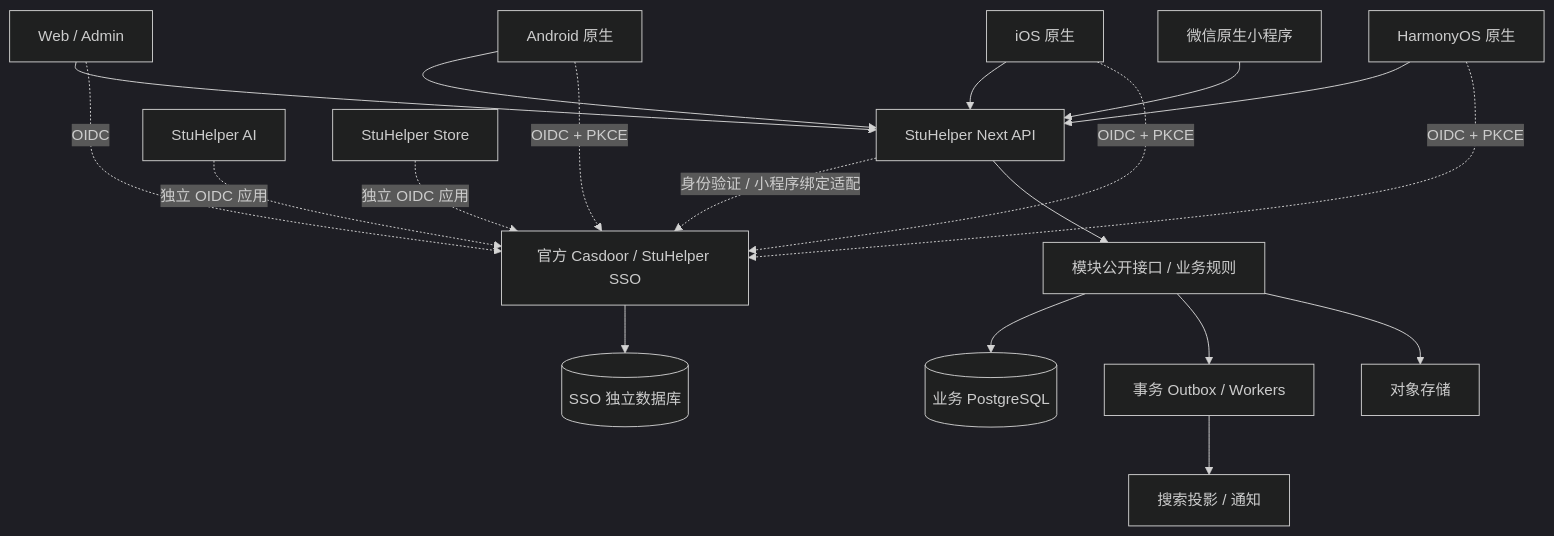
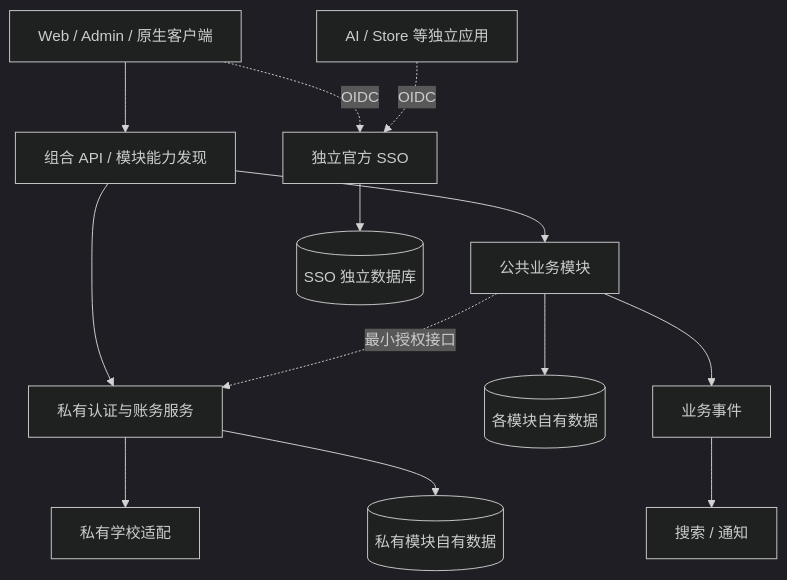
One commit to StuHelper/stuhelper-next changed the diagram in docs/design/platform-architecture.md. Above: the diagram before and after it, drawn with Mermaid (dark theme). The commit also changed other lines of this file and 58 other files, not shown here.

````diff
--- a/docs/design/platform-architecture.md
+++ b/docs/design/platform-architecture.md
@@ -21,21 +21,15 @@
 ```mermaid
 flowchart TB
-  WEB[Web / Admin] --> API[StuHelper Next API]
-  MINI[微信原生小程序] --> API
-  ANDROID[Android 原生] --> API
-  IOS[iOS 原生] --> API
-  HARMONY[HarmonyOS 原生] --> API
-  WEB -. OIDC .-> SSO[官方 Casdoor / StuHelper SSO]
-  ANDROID -. OIDC + PKCE .-> SSO
-  IOS -. OIDC + PKCE .-> SSO
-  HARMONY -. OIDC + PKCE .-> SSO
-  API -. 身份验证 / 小程序绑定适配 .-> SSO
-  AI[StuHelper AI] -. 独立 OIDC 应用 .-> SSO
-  STORE[StuHelper Store] -. 独立 OIDC 应用 .-> SSO
-  SSO --> IDDB[(SSO 独立数据库)]
-  API --> MOD[模块公开接口 / 业务规则]
-  MOD --> APPDB[(业务 PostgreSQL)]
-  MOD --> OUTBOX[事务 Outbox / Workers]
-  OUTBOX --> SEARCH[搜索投影 / 通知]
-  MOD --> OBJECTS[对象存储]
+  CLIENT[Web / Admin / 原生客户端] --> API[组合 API / 模块能力发现]
+  CLIENT -. OIDC .-> SSO[独立官方 SSO]
+  API --> CORE[公共业务模块]
+  API --> PRIVATE[私有认证与账务服务]
+  CORE -. 最小授权接口 .-> PRIVATE
+  PRIVATE --> ADAPTER[私有学校适配]
+  CORE --> DATA[(各模块自有数据)]
+  PRIVATE --> PDATA[(私有模块自有数据)]
+  CORE --> EVENTS[业务事件]
+  EVENTS --> OPTIONAL[搜索 / 通知]
+  AI[AI / Store 等独立应用] -. OIDC .-> SSO
+  SSO --> SDB[(SSO 独立数据库)]
 ```
````
